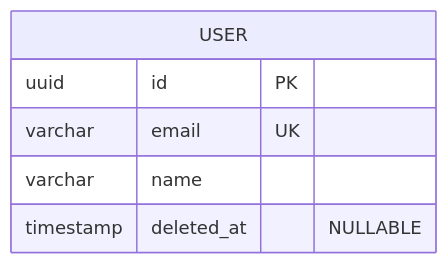
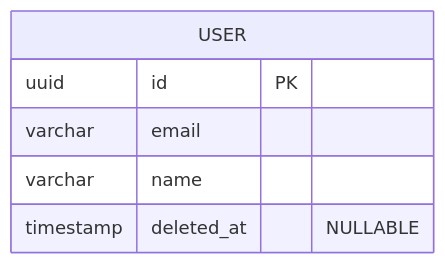
Before and after one commit to Aniket-a14/SRA: diagram 12 of 13 in .agent/skills/mermaid-diagrams/references/erd-diagrams.md, drawn with Mermaid. The commit also changed other lines of this file and 18 other files, not shown here.

Commit message:
feat: Implement IEEE 830-1998 SRS generation with AI agents, dynamic settings, and Mermaid diagram support.

````diff
--- a/.agent/skills/mermaid-diagrams/references/erd-diagrams.md
+++ b/.agent/skills/mermaid-diagrams/references/erd-diagrams.md
@@ -470,9 +468,9 @@
 ```mermaid
 erDiagram
     USER {
         uuid id PK
-        varchar email UK
+        varchar email
         varchar name
         timestamp deleted_at "NULLABLE"
     }
 ```
````
